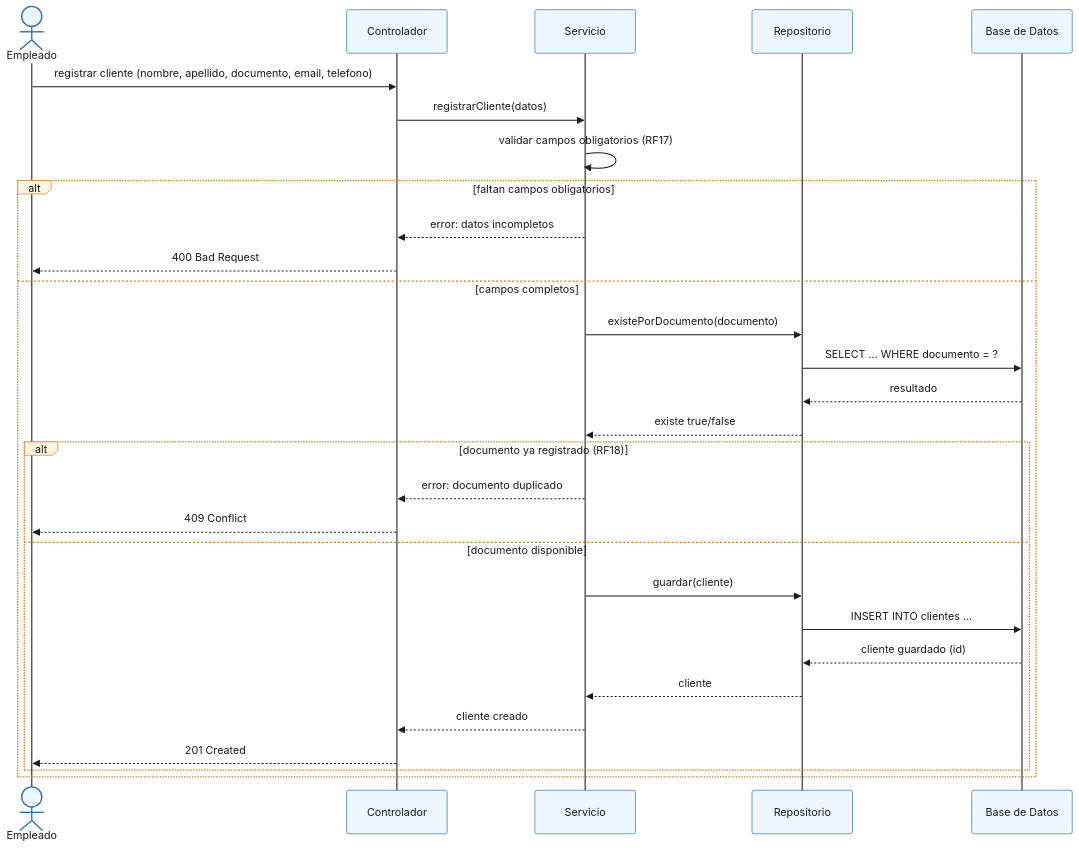
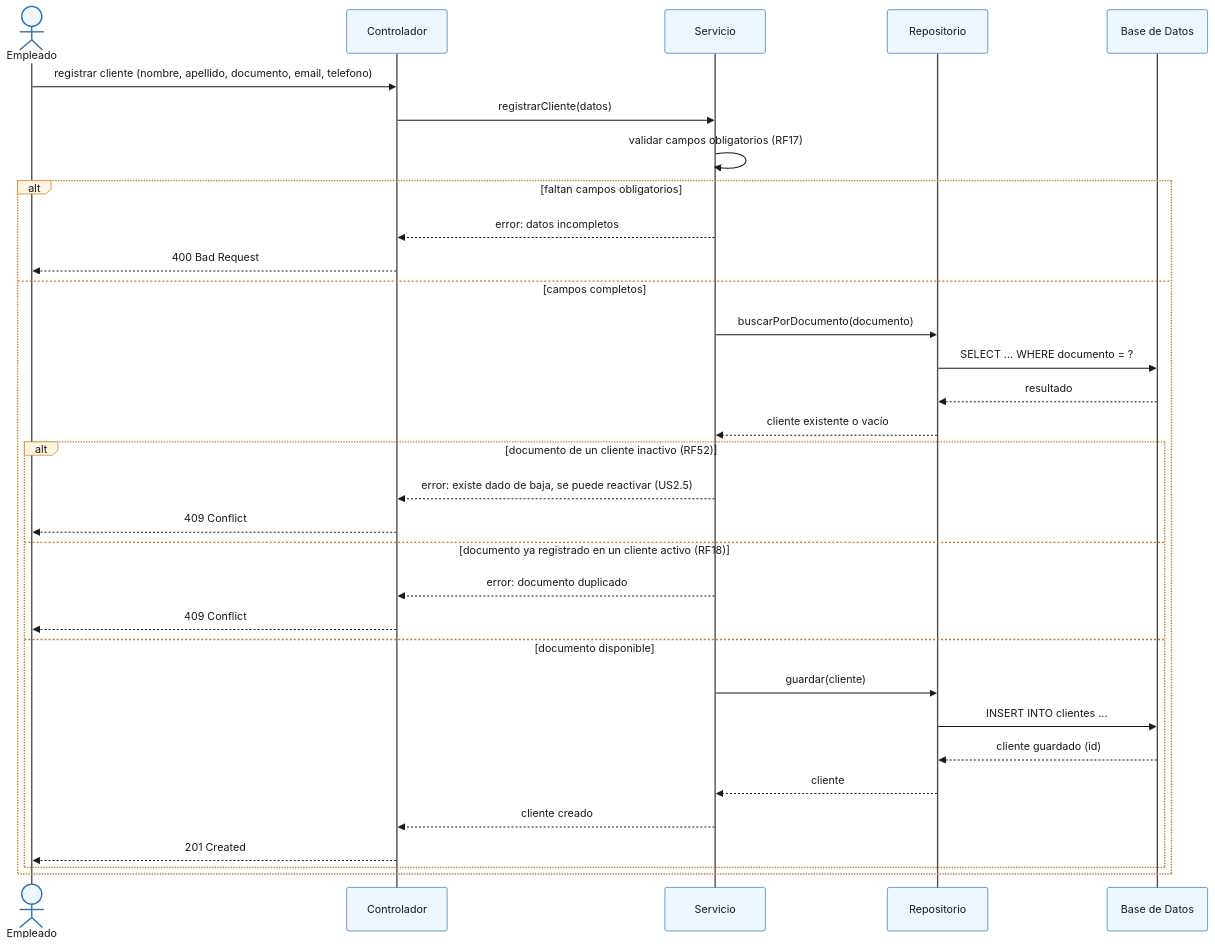
One commit to chaarlyez/Sistema_de_alquiler_de_veh-culos changed the diagram in docs/03-uml/fuentes/parte1-secuencia-registrar-cliente.mmd. Above: the diagram before and after it, drawn with Mermaid. The commit also changed 8 other files, not shown here.

First line of the commit message:
docs(uml): modelar baja logica de vehiculos y clientes (parte 1)

```diff
--- a/docs/03-uml/fuentes/parte1-secuencia-registrar-cliente.mmd
+++ b/docs/03-uml/fuentes/parte1-secuencia-registrar-cliente.mmd
@@ -1,49 +1,52 @@
 %%{init: {'theme': 'base', 'themeVariables': {
   'background': '#ffffff',
   'actorBkg': '#eef6ff',
   'actorBorder': '#2a6fb0',
   'actorTextColor': '#1a1a1a',
   'actorLineColor': '#4a4a4a',
   'signalColor': '#1a1a1a',
   'signalTextColor': '#1a1a1a',
   'labelBoxBkgColor': '#fff4e0',
   'labelBoxBorderColor': '#c97a1e',
   'labelTextColor': '#1a1a1a',
   'loopTextColor': '#1a1a1a',
   'noteBkgColor': '#fff9c4',
   'noteBorderColor': '#c9a400',
   'noteTextColor': '#1a1a1a',
   'activationBorderColor': '#2a6fb0',
   'activationBkgColor': '#eafaf0',
   'sequenceNumberColor': '#1a1a1a'
 }}}%%
 sequenceDiagram
     actor Empleado
     participant Controlador
     participant Servicio
     participant Repositorio
     participant BaseDeDatos as Base de Datos
 
     Empleado->>Controlador: registrar cliente (nombre, apellido, documento, email, telefono)
     Controlador->>Servicio: registrarCliente(datos)
     Servicio->>Servicio: validar campos obligatorios (RF17)
     alt faltan campos obligatorios
         Servicio-->>Controlador: error: datos incompletos
         Controlador-->>Empleado: 400 Bad Request
     else campos completos
-        Servicio->>Repositorio: existePorDocumento(documento)
+        Servicio->>Repositorio: buscarPorDocumento(documento)
         Repositorio->>BaseDeDatos: SELECT ... WHERE documento = ?
         BaseDeDatos-->>Repositorio: resultado
-        Repositorio-->>Servicio: existe true/false
-        alt documento ya registrado (RF18)
+        Repositorio-->>Servicio: cliente existente o vacío
+        alt documento de un cliente inactivo (RF52)
+            Servicio-->>Controlador: error: existe dado de baja, se puede reactivar (US2.5)
+            Controlador-->>Empleado: 409 Conflict
+        else documento ya registrado en un cliente activo (RF18)
             Servicio-->>Controlador: error: documento duplicado
             Controlador-->>Empleado: 409 Conflict
         else documento disponible
             Servicio->>Repositorio: guardar(cliente)
             Repositorio->>BaseDeDatos: INSERT INTO clientes ...
             BaseDeDatos-->>Repositorio: cliente guardado (id)
             Repositorio-->>Servicio: cliente
             Servicio-->>Controlador: cliente creado
             Controlador-->>Empleado: 201 Created
         end
     end
```
